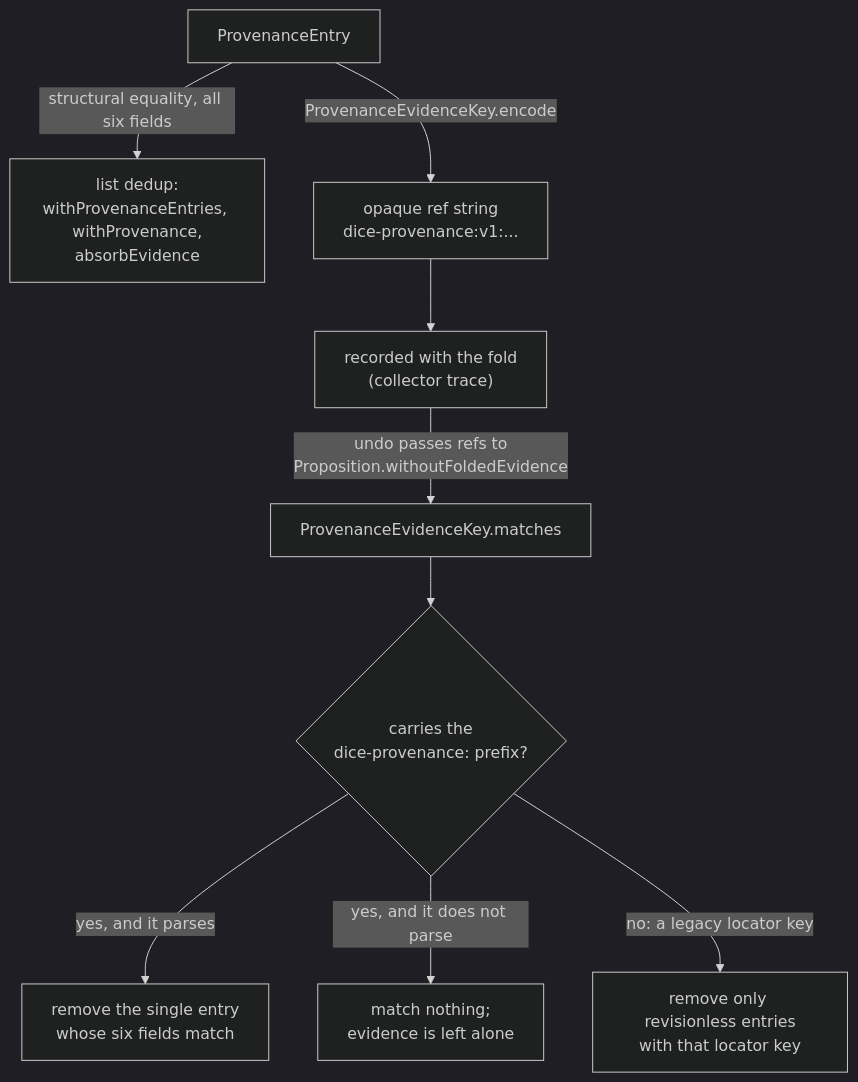
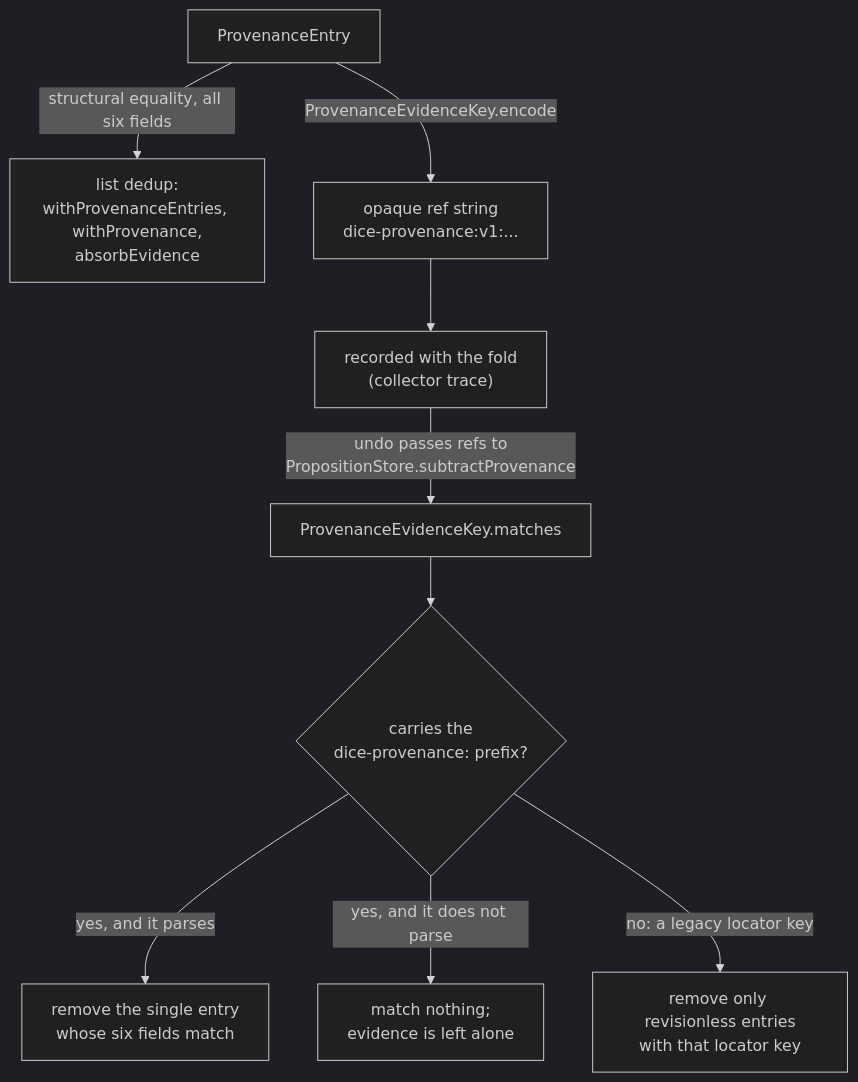
The second of 2 diagrams in docs/design/source-revisions.md (embabel/dice), drawn with Mermaid (dark theme) before and after one commit. The commit also changed other lines of this file and 6 other files, not shown here.

First line of the commit message:
Pin subtractProvenance semantics on both store paths

````diff
--- a/docs/design/source-revisions.md
+++ b/docs/design/source-revisions.md
@@ -212,12 +212,12 @@
 ```mermaid
 flowchart TD
     E["ProvenanceEntry"]
     E -->|"structural equality, all six fields"| DD["list dedup:<br/>withProvenanceEntries, withProvenance,<br/>absorbEvidence"]
     E -->|"ProvenanceEvidenceKey.encode"| K["opaque ref string<br/>dice-provenance:v1:..."]
     K --> T["recorded with the fold<br/>(collector trace)"]
-    T -->|"undo passes refs to<br/>Proposition.withoutFoldedEvidence"| M["ProvenanceEvidenceKey.matches"]
+    T -->|"undo passes refs to<br/>PropositionStore.subtractProvenance"| M["ProvenanceEvidenceKey.matches"]
     M --> Q{"carries the<br/>dice-provenance: prefix?"}
     Q -->|"yes, and it parses"| R1["remove the single entry<br/>whose six fields match"]
     Q -->|"yes, and it does not parse"| R2["match nothing;<br/>evidence is left alone"]
     Q -->|"no: a legacy locator key"| R3["remove only revisionless entries<br/>with that locator key"]
 ```
````
